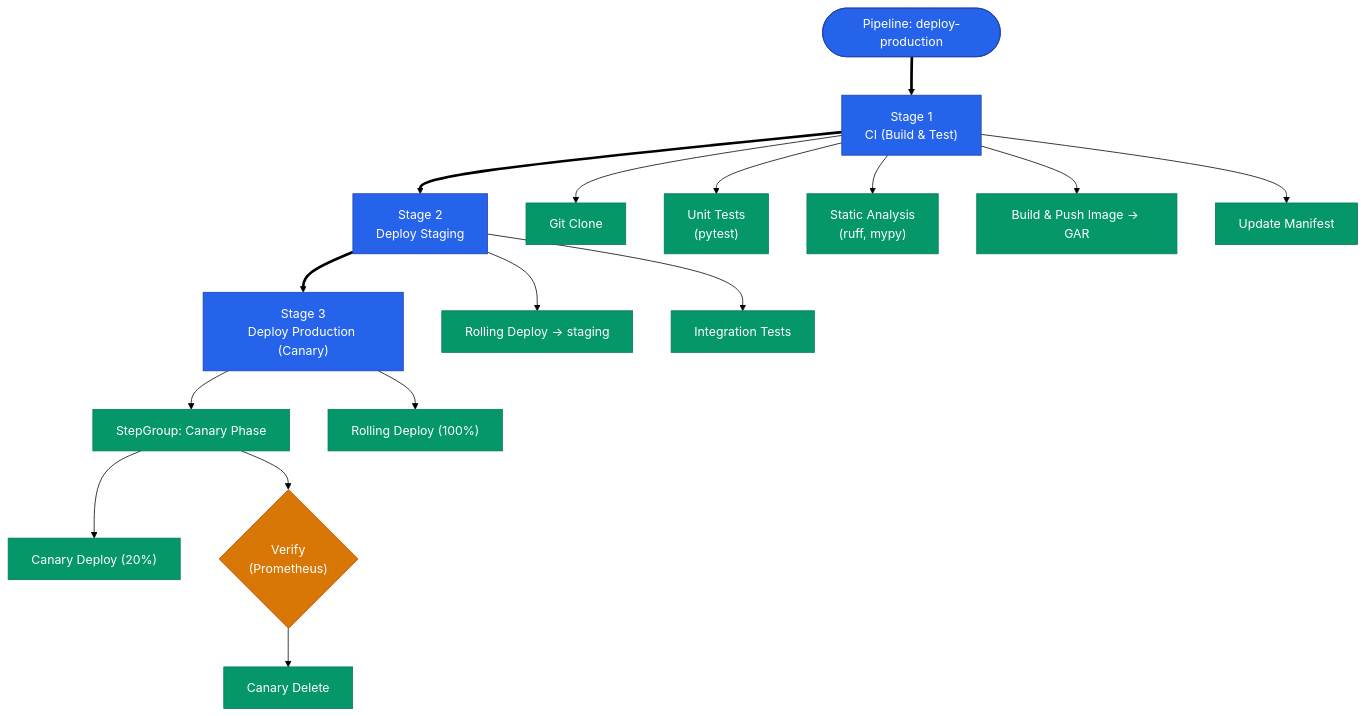
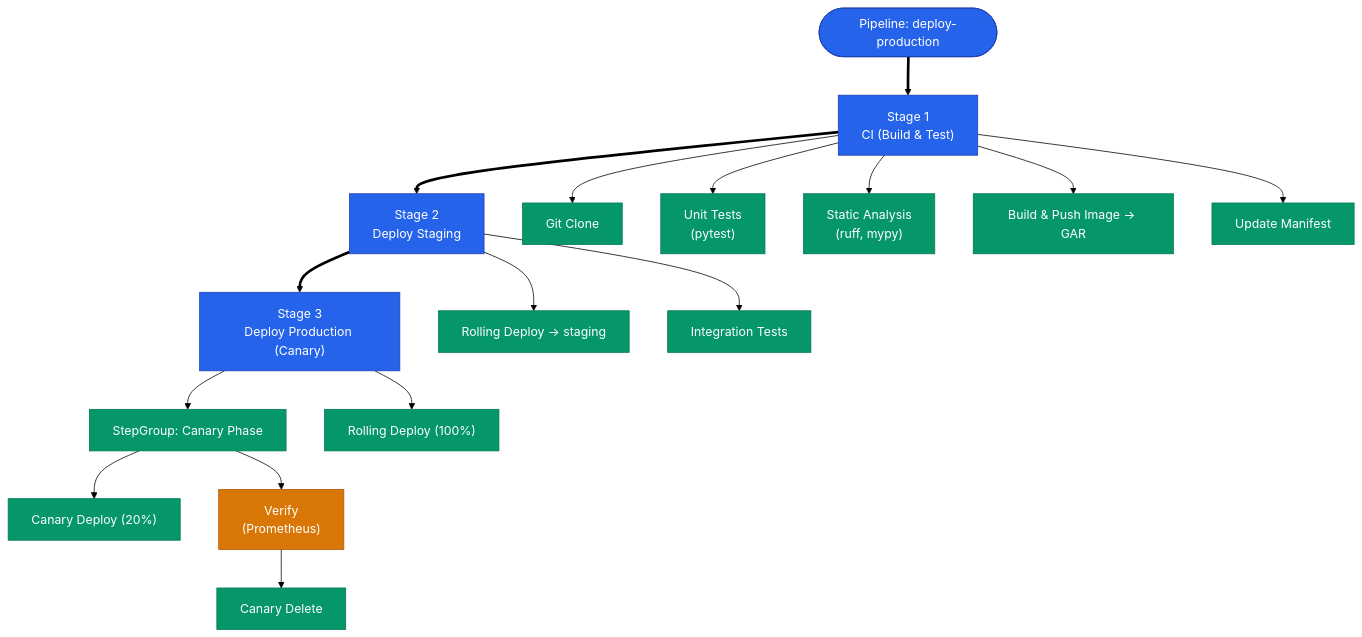
Before and after one commit to No1Joon/No1Joon.github.io: the first of 3 diagrams in _posts/2026-04-08-harness-03-pipeline.md, drawn with Mermaid (forest theme). The commit also changed other lines of this file and 18 other files, not shown here.

````diff
--- a/_posts/2026-04-08-harness-03-pipeline.md
+++ b/_posts/2026-04-08-harness-03-pipeline.md
@@ -21,31 +21,31 @@
 ```mermaid
 flowchart TD
     P(["Pipeline: deploy-production"])
     P ==> S1["Stage 1<br/>CI (Build & Test)"]
     S1 ==> S2["Stage 2<br/>Deploy Staging"]
     S2 ==> S3["Stage 3<br/>Deploy Production (Canary)"]
 
     S1 --> S1A["Git Clone"]
     S1 --> S1B["Unit Tests<br/>(pytest)"]
     S1 --> S1C["Static Analysis<br/>(ruff, mypy)"]
     S1 --> S1D["Build & Push Image → GAR"]
     S1 --> S1E["Update Manifest"]
 
     S2 --> S2A["Rolling Deploy → staging"]
     S2 --> S2B["Integration Tests"]
 
     S3 --> S3G["StepGroup: Canary Phase"]
     S3G --> S3A["Canary Deploy (20%)"]
-    S3G --> S3B{"Verify<br/>(Prometheus)"}
+    S3G --> S3B["Verify<br/>(Prometheus)"]
     S3B --> S3C["Canary Delete"]
     S3 --> S3D["Rolling Deploy (100%)"]
 
     classDef primary fill:#2563eb,stroke:#1e40af,color:#ffffff
     classDef success fill:#059669,stroke:#047857,color:#ffffff
     classDef warn fill:#d97706,stroke:#b45309,color:#ffffff
     classDef neutral fill:#475569,stroke:#334155,color:#ffffff
 
     class P,S1,S2,S3 primary
     class S1A,S1B,S1C,S1D,S1E,S2A,S2B,S3G,S3A,S3C,S3D success
     class S3B warn
 ```
````
